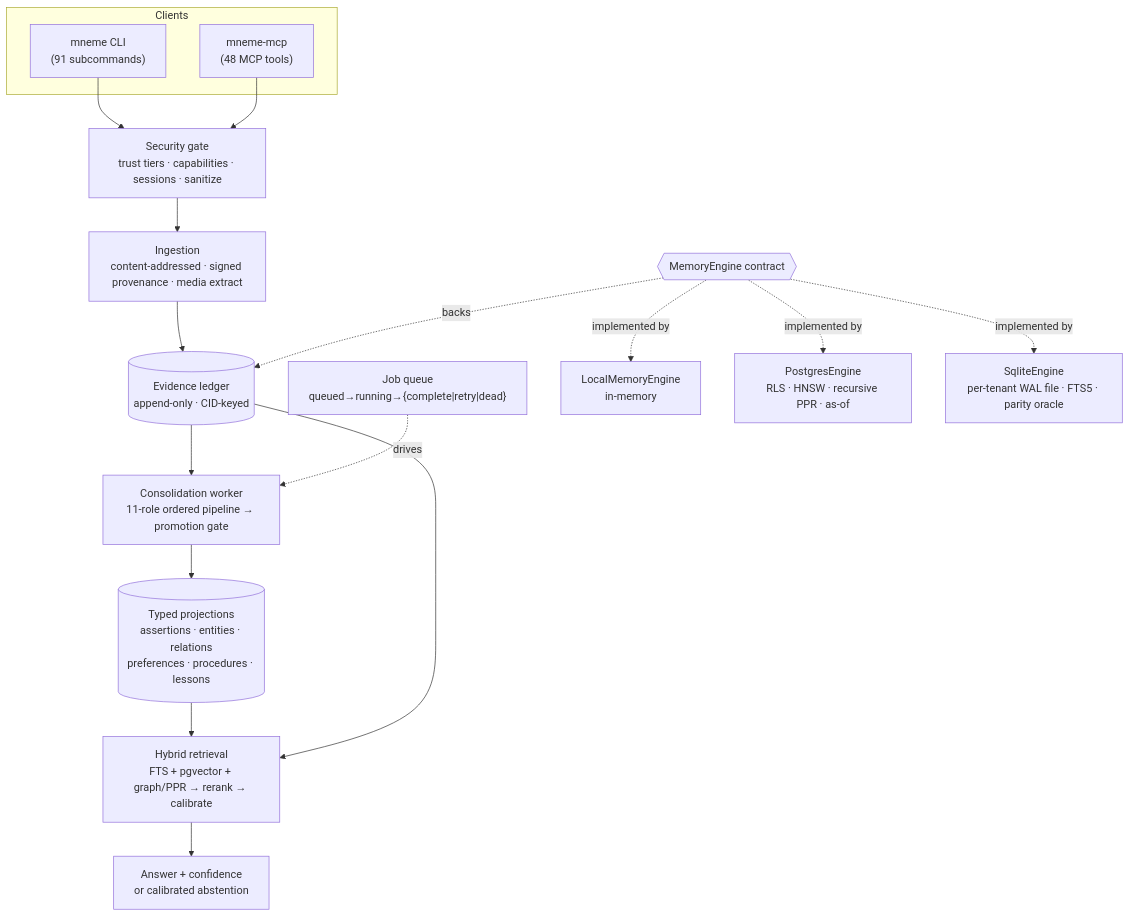
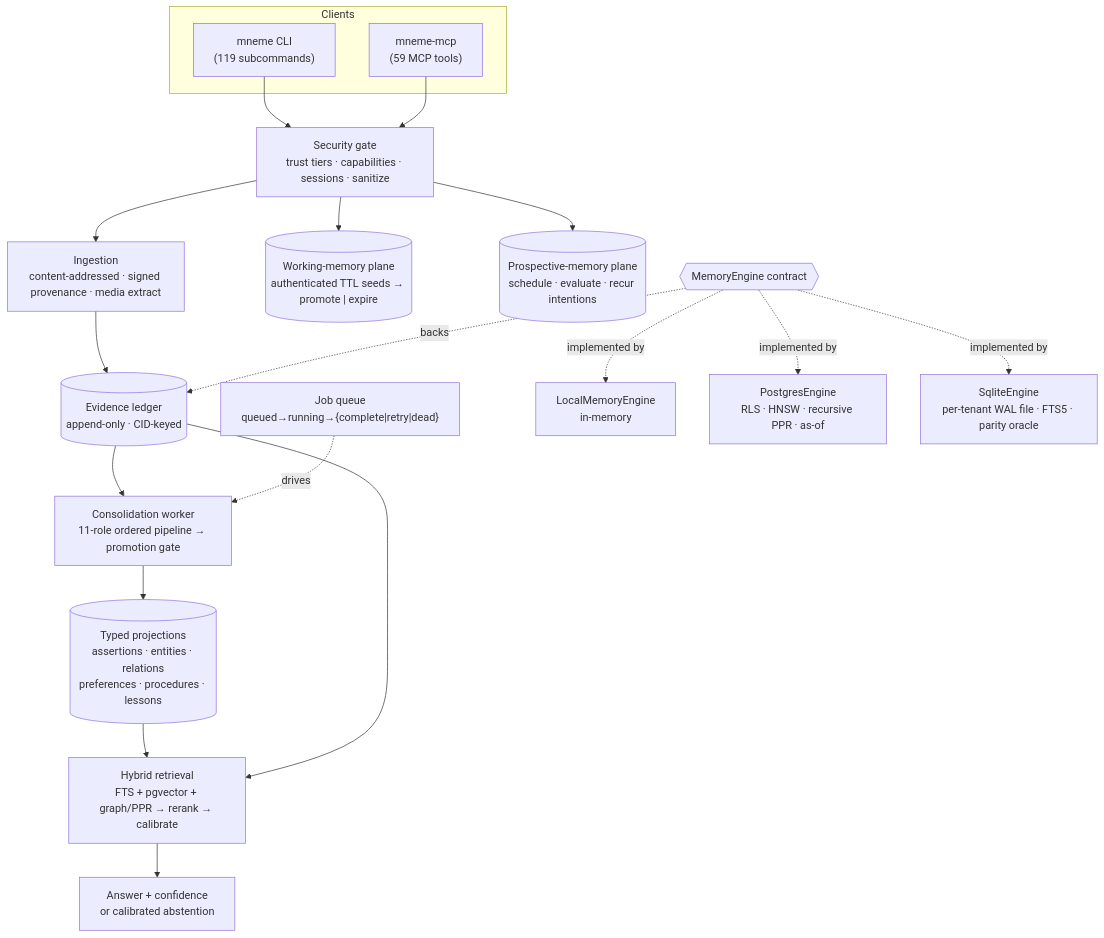
Before and after one commit to onfire7777/Mnemosyne: the diagram in README.md, drawn with Mermaid. The commit also changed other lines of this file, not shown here.

````diff
--- a/README.md
+++ b/README.md
@@ -42,21 +44,23 @@
 ```mermaid
 flowchart TD
     subgraph Clients
-      CLI["mneme CLI<br/>(91 subcommands)"]
-      MCP["mneme-mcp<br/>(48 MCP tools)"]
+      CLI["mneme CLI<br/>(119 subcommands)"]
+      MCP["mneme-mcp<br/>(59 MCP tools)"]
     end
     CLI --> SEC
     MCP --> SEC
     SEC["Security gate<br/>trust tiers · capabilities · sessions · sanitize"] --> ING["Ingestion<br/>content-addressed · signed provenance · media extract"]
     ING --> EV[("Evidence ledger<br/>append-only · CID-keyed")]
     EV --> CONS["Consolidation worker<br/>11-role ordered pipeline → promotion gate"]
     CONS --> PROJ[("Typed projections<br/>assertions · entities · relations<br/>preferences · procedures · lessons")]
     Q["Job queue<br/>queued→running→{complete|retry|dead}"] -.drives.-> CONS
     PROJ --> RET["Hybrid retrieval<br/>FTS + pgvector + graph/PPR → rerank → calibrate"]
     EV --> RET
     RET --> ANS["Answer + confidence<br/>or calibrated abstention"]
+    SEC --> WORK[("Working-memory plane<br/>authenticated TTL seeds → promote | expire")]
+    SEC --> PROSP[("Prospective-memory plane<br/>schedule · evaluate · recur intentions")]
     ENGINE{{"MemoryEngine contract"}} -.backs.-> EV
     ENGINE -.implemented by.-> LOCAL["LocalMemoryEngine<br/>in-memory"]
     ENGINE -.implemented by.-> PG["PostgresEngine<br/>RLS · HNSW · recursive PPR · as-of"]
     ENGINE -.implemented by.-> SQLITE["SqliteEngine<br/>per-tenant WAL file · FTS5 · parity oracle"]
 ```
````
